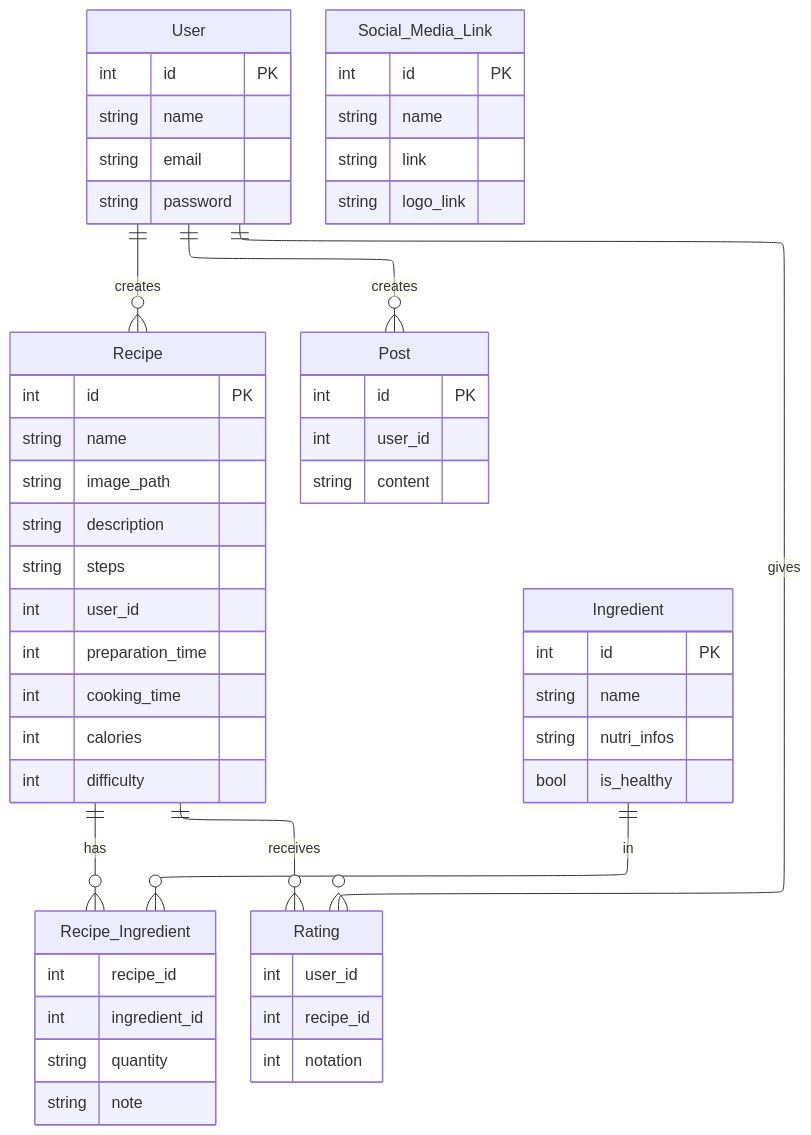
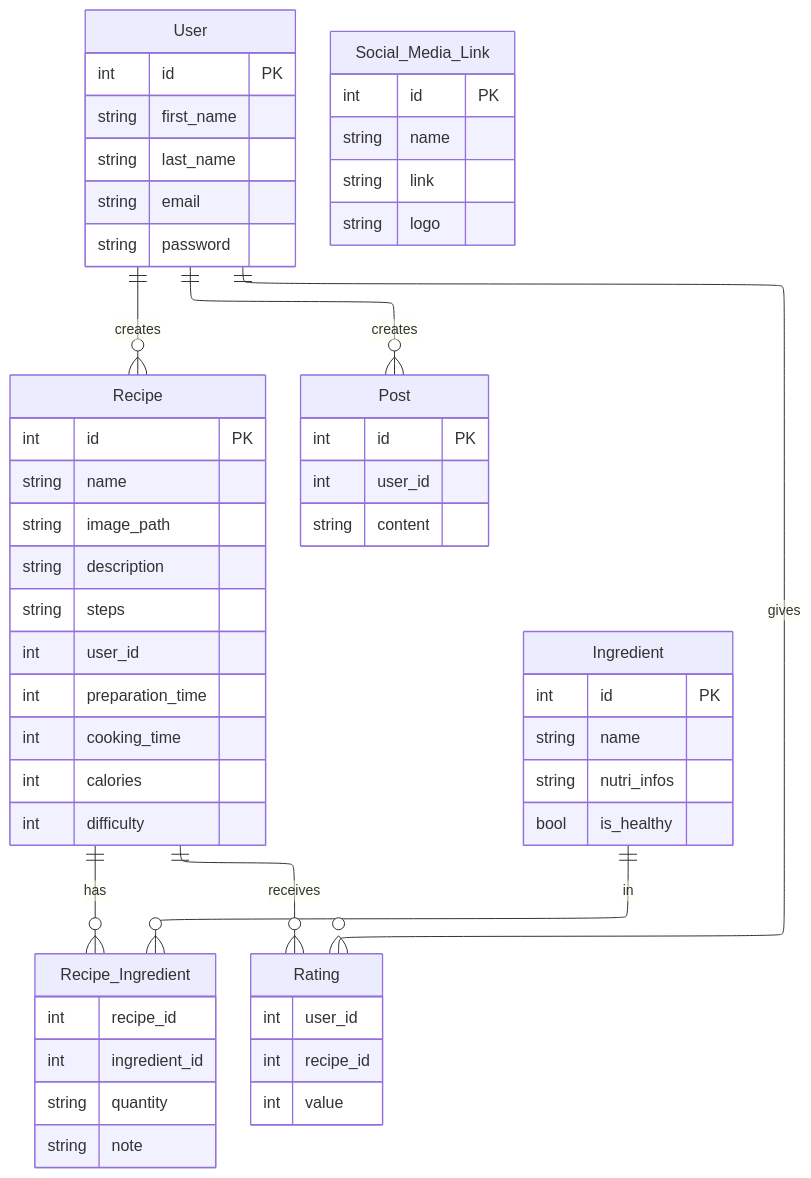
One commit to ihabChaker/KitchenExchange changed the diagram in readme.md. Above: the diagram before and after it, drawn with Mermaid. The commit also changed other lines of this file and 10 other files, not shown here.

````diff
--- a/readme.md
+++ b/readme.md
@@ -42,67 +42,68 @@
 ```mermaid
 ---
 config:
   layout: elk
   look: classic
 ---
 erDiagram
     User ||--o{ Recipe : creates
     User ||--o{ Post : creates
     Recipe ||--o{ Recipe_Ingredient : has
     Ingredient ||--o{ Recipe_Ingredient : in
     User ||--o{ Rating : gives
     Recipe ||--o{ Rating : receives
 
     User {
         int id PK
-        string name
+        string first_name
+        string last_name
         string email
         string password
     }
   
     Social_Media_Link {
         int id PK
         string name
         string link
-        string logo_link
+        string logo
     }
   
     Recipe {
         int id PK
         string name
         string image_path
         string description
         string steps
         int user_id
         int preparation_time
         int cooking_time
         int calories
         int difficulty
     }
   
     Rating {
         int user_id
         int recipe_id
-        int notation
+        int value
     }
   
     Post {
         int id PK
         int user_id
         string content
     }
   
     Ingredient {
         int id PK
         string name
         string nutri_infos
         bool is_healthy
     }
   
     Recipe_Ingredient {
         int recipe_id
         int ingredient_id
         string quantity
         string note
     }
 ```
````
